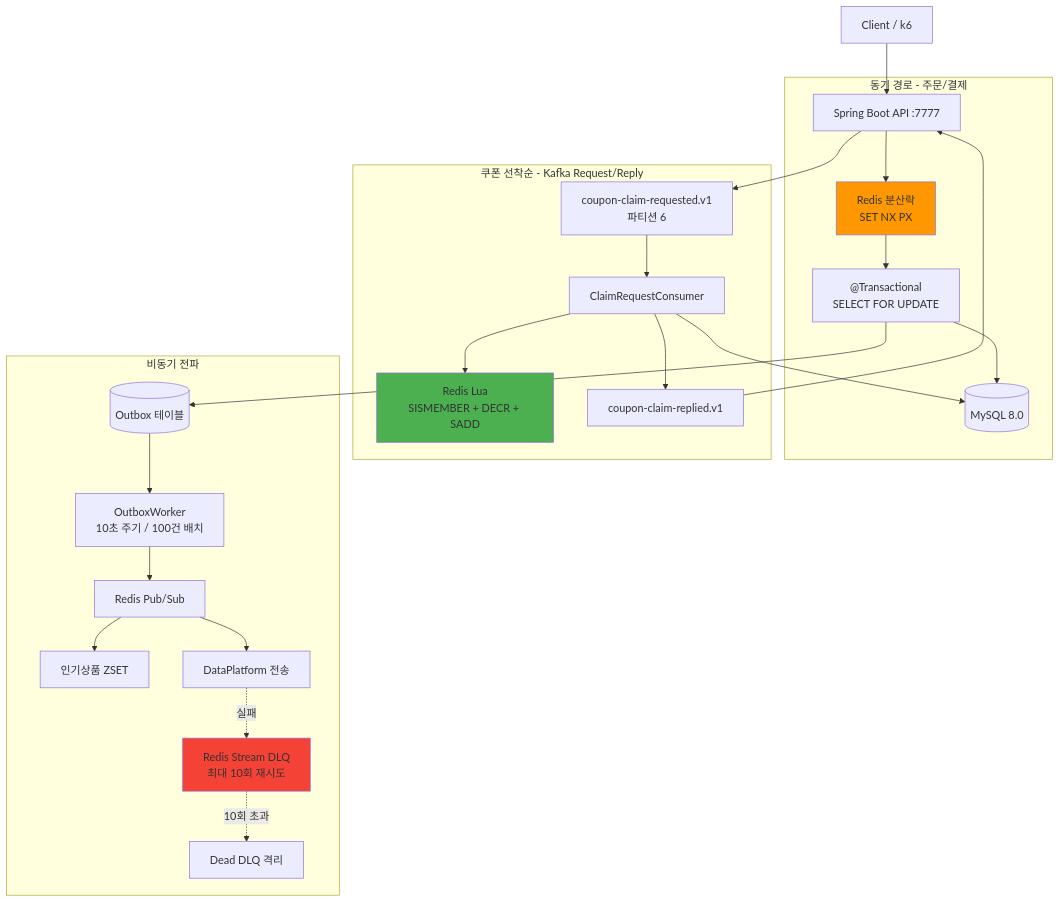
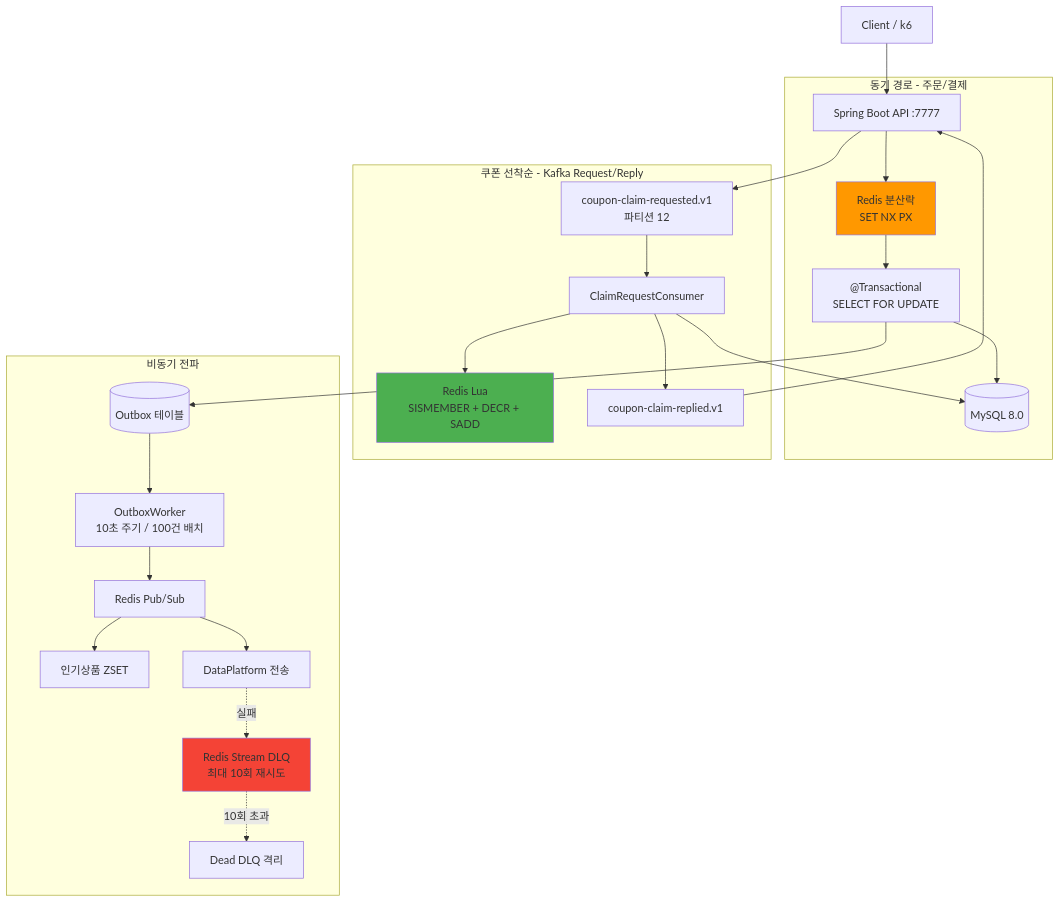
The first of 6 diagrams in README.md (SeoBYP/server-setup-java), drawn with Mermaid before and after one commit. The commit also changed other lines of this file and 7 other files, not shown here.

````diff
--- a/README.md
+++ b/README.md
@@ -73,33 +73,33 @@
 ```mermaid
 graph TB
     C[Client / k6] --> API[Spring Boot API :7777]
 
     subgraph SYNC["동기 경로 - 주문/결제"]
         API --> LOCK[Redis 분산락<br/>SET NX PX]
         LOCK --> TX["@Transactional<br/>SELECT FOR UPDATE"]
         TX --> DB[(MySQL 8.0)]
     end
 
     subgraph COUPON["쿠폰 선착순 - Kafka Request/Reply"]
-        API --> KREQ[coupon-claim-requested.v1<br/>파티션 6]
+        API --> KREQ[coupon-claim-requested.v1<br/>파티션 12]
         KREQ --> KC[ClaimRequestConsumer]
         KC --> LUA[Redis Lua<br/>SISMEMBER + DECR + SADD]
         KC --> DB
         KC --> KREP[coupon-claim-replied.v1]
         KREP --> API
     end
 
     subgraph ASYNC["비동기 전파"]
         TX --> OB[(Outbox 테이블)]
         OB --> W[OutboxWorker<br/>10초 주기 / 100건 배치]
         W --> PS[Redis Pub/Sub]
         PS --> RANK[인기상품 ZSET]
         PS --> DP[DataPlatform 전송]
         DP -.실패.-> DLQ[Redis Stream DLQ<br/>최대 10회 재시도]
         DLQ -.10회 초과.-> DEAD[Dead DLQ 격리]
     end
 
     style LOCK fill:#ff9800
     style LUA fill:#4caf50
     style DLQ fill:#f44336
 ```
````
